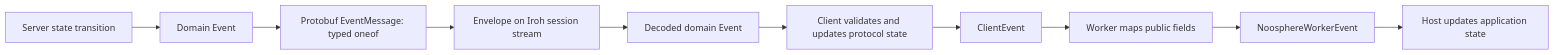
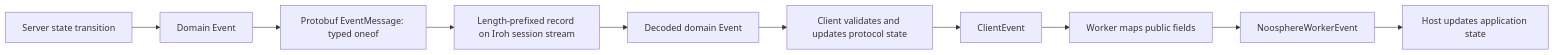
The first of 2 diagrams in architecture/events.md (peerchemist/noosphere), drawn with Mermaid before and after one commit. The commit also changed other lines of this file and 39 other files, not shown here.

````diff
--- a/architecture/events.md
+++ b/architecture/events.md
@@ -17,12 +17,12 @@
 ```mermaid
 flowchart LR
     S["Server state transition"] --> E["Domain Event"]
     E --> P["Protobuf EventMessage: typed oneof"]
-    P --> N["Envelope on Iroh session stream"]
+    P --> N["Length-prefixed record on Iroh session stream"]
     N --> D["Decoded domain Event"]
     D --> C["Client validates and updates protocol state"]
     C --> CE["ClientEvent"]
     CE --> W["Worker maps public fields"]
     W --> WE["NoosphereWorkerEvent"]
     WE --> A["Host updates application state"]
 ```
````
